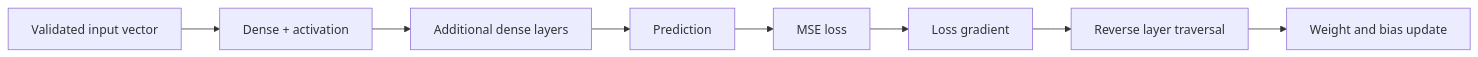
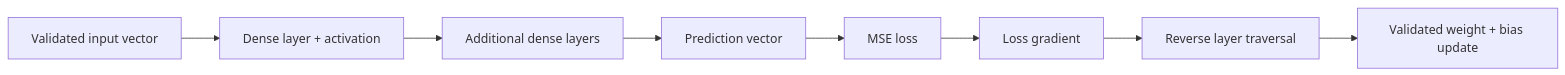
One commit to CoreyLeath-code/neural-network-from-scratch-cpp changed the first of 2 diagrams in README.md. Above: the diagram before and after it, drawn with Mermaid. The commit also changed other lines of this file, not shown here.

````diff
--- a/README.md
+++ b/README.md
@@ -82,10 +68,10 @@
 ```mermaid
 flowchart LR
-    X["Validated input vector"] --> D1["Dense + activation"]
-    D1 --> DN["Additional dense layers"]
-    DN --> Y["Prediction"]
-    Y --> L["MSE loss"]
-    L --> G["Loss gradient"]
-    G --> B["Reverse layer traversal"]
-    B --> U["Weight and bias update"]
+    Input[Validated input vector] --> Dense1[Dense layer + activation]
+    Dense1 --> DenseN[Additional dense layers]
+    DenseN --> Prediction[Prediction vector]
+    Prediction --> Loss[MSE loss]
+    Loss --> Gradient[Loss gradient]
+    Gradient --> Backprop[Reverse layer traversal]
+    Backprop --> Update[Validated weight + bias update]
 ```
````
